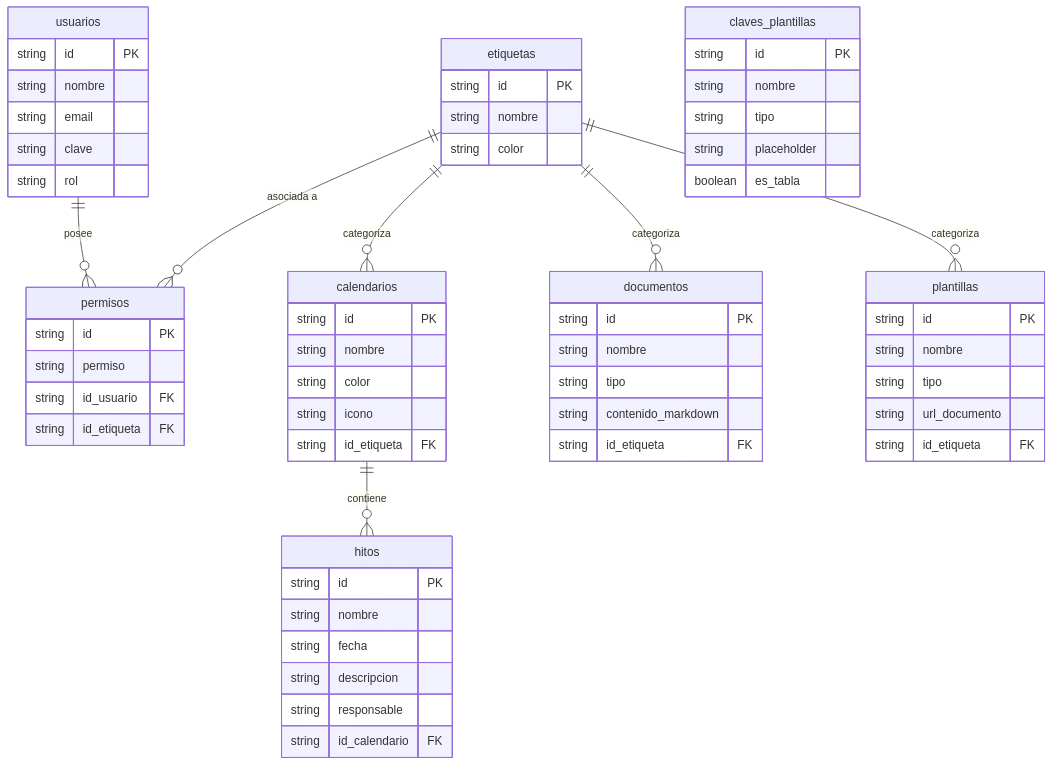
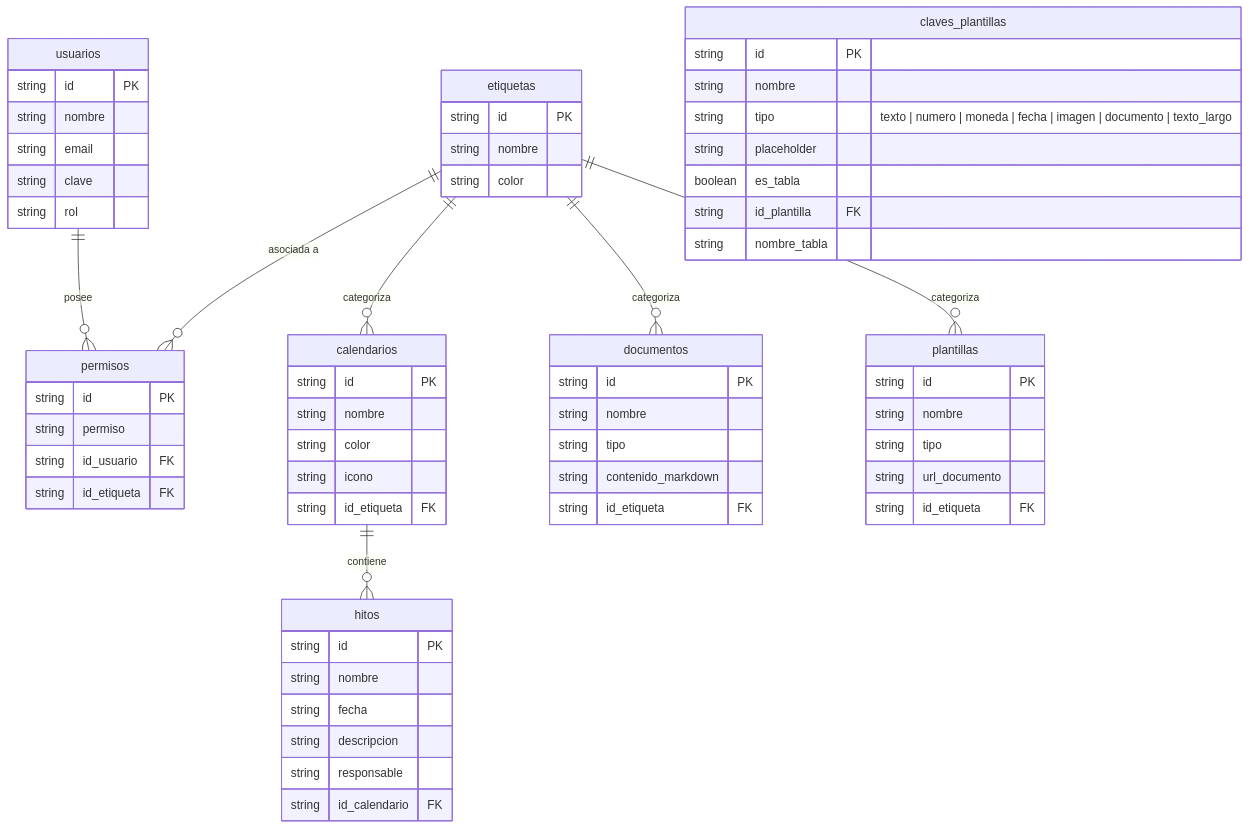
One commit to BenjaminBAG/vue changed the diagram in server/docs/google-sheets-estructura.md. Above: the diagram before and after it, drawn with Mermaid. The commit also changed other lines of this file and 65 other files, not shown here.

````diff
--- a/server/docs/google-sheets-estructura.md
+++ b/server/docs/google-sheets-estructura.md
@@ -58,71 +58,73 @@
 ```mermaid
 erDiagram
     usuarios ||--o{ permisos : "posee"
     etiquetas ||--o{ permisos : "asociada a"
     etiquetas ||--o{ calendarios : "categoriza"
     etiquetas ||--o{ documentos : "categoriza"
     etiquetas ||--o{ plantillas : "categoriza"
     calendarios ||--o{ hitos : "contiene"
 
     usuarios {
         string id PK
         string nombre
         string email
         string clave
         string rol
     }
 
     etiquetas {
         string id PK
         string nombre
         string color
     }
 
     permisos {
         string id PK
         string permiso
         string id_usuario FK
         string id_etiqueta FK
     }
 
     calendarios {
         string id PK
         string nombre
         string color
         string icono
         string id_etiqueta FK
     }
 
     hitos {
         string id PK
         string nombre
         string fecha
         string descripcion
         string responsable
         string id_calendario FK
     }
 
     documentos {
         string id PK
         string nombre
         string tipo
         string contenido_markdown
         string id_etiqueta FK
     }
 
     plantillas {
         string id PK
         string nombre
         string tipo
         string url_documento
         string id_etiqueta FK
     }
 
     claves_plantillas {
         string id PK
         string nombre
-        string tipo
+      string tipo "texto | numero | moneda | fecha | imagen | documento | texto_largo"
         string placeholder
         boolean es_tabla
+      string id_plantilla FK
+        string nombre_tabla
     }
 ```
````
